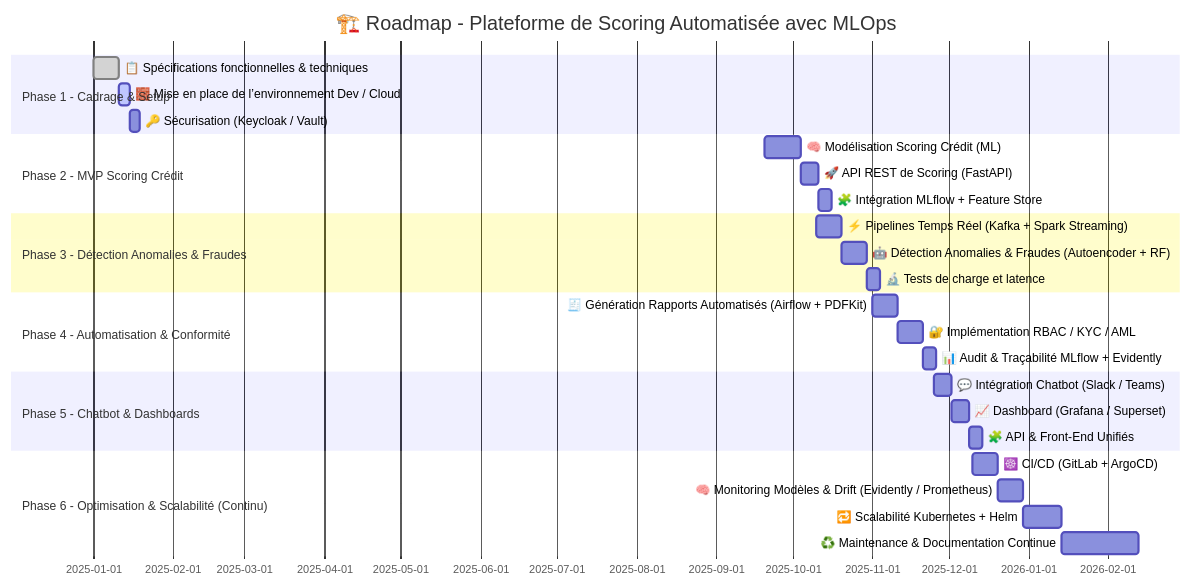
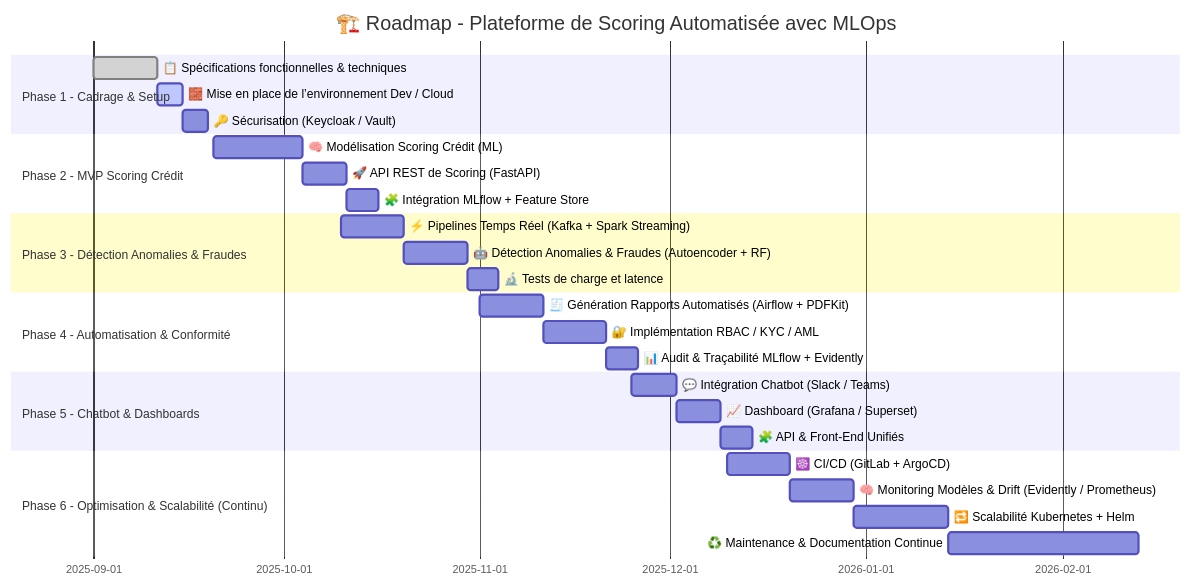
One commit to SalimM21/Plateforme-de-Scoring-Automatiser-avec-MLOps-Complet changed the second of 2 diagrams in README.md. Above: the diagram before and after it, drawn with Mermaid.

````diff
--- a/README.md
+++ b/README.md
@@ -146,36 +146,36 @@
 ```mermaid
 gantt
     title 🏗️ Roadmap - Plateforme de Scoring Automatisée avec MLOps
     dateFormat  YYYY-MM-DD
     section Phase 1 - Cadrage & Setup
-    📋 Spécifications fonctionnelles & techniques       :done,   p1a, 2025-01-01, 10d
+    📋 Spécifications fonctionnelles & techniques       :done,   p1a, 2025-09-01, 10d
     🧱 Mise en place de l’environnement Dev / Cloud     :active, p1b, after p1a, 4d
     🔑 Sécurisation (Keycloak / Vault)                  : p1c, after p1b, 4d
 
     section Phase 2 - MVP Scoring Crédit
     🧠 Modélisation Scoring Crédit (ML)                 : p2a, 2025-09-20, 14d
     🚀 API REST de Scoring (FastAPI)                   : p2b, after p2a, 7d
     🧩 Intégration MLflow + Feature Store               : p2c, after p2b, 5d
 
     section Phase 3 - Détection Anomalies & Fraudes
     ⚡ Pipelines Temps Réel (Kafka + Spark Streaming)   : p3a, 2025-10-10, 10d
     🤖 Détection Anomalies & Fraudes (Autoencoder + RF) : p3b, after p3a, 10d
     🔬 Tests de charge et latence                      : p3c, after p3b, 5d
 
     section Phase 4 - Automatisation & Conformité
     🧾 Génération Rapports Automatisés (Airflow + PDFKit): p4a, 2025-11-01, 10d
     🔐 Implémentation RBAC / KYC / AML                 : p4b, after p4a, 10d
     📊 Audit & Traçabilité MLflow + Evidently           : p4c, after p4b, 5d
 
     section Phase 5 - Chatbot & Dashboards
     💬 Intégration Chatbot (Slack / Teams)              : p5a, 2025-11-25, 7d
     📈 Dashboard (Grafana / Superset)                   : p5b, after p5a, 7d
     🧩 API & Front-End Unifiés                          : p5c, after p5b, 5d
 
     section Phase 6 - Optimisation & Scalabilité (Continu)
     ☸️ CI/CD (GitLab + ArgoCD)                          : p6a, 2025-12-10, 10d
     🧠 Monitoring Modèles & Drift (Evidently / Prometheus): p6b, after p6a, 10d
     🔁 Scalabilité Kubernetes + Helm                    : p6c, after p6b, 15d
     ♻️ Maintenance & Documentation Continue             : p6d, after p6c, 30d
 
 ```
````
